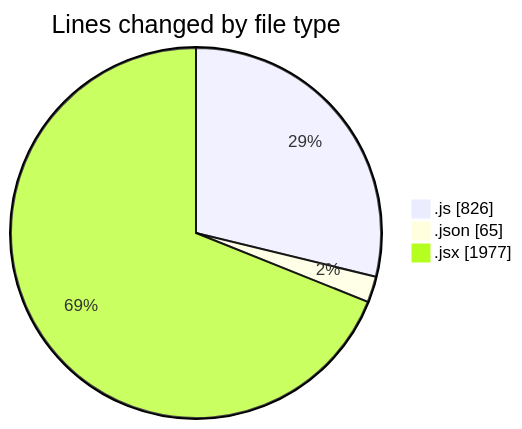
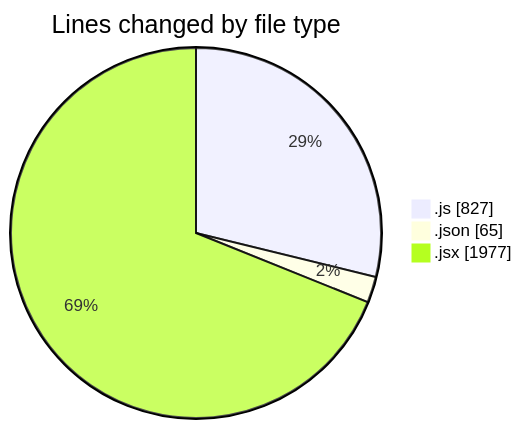
The first of 2 diagrams in 2026-01-14/nxtqube_webapp/README.md (nxtqubesakshisongat/code-tracking), drawn with Mermaid before and after one commit. The commit also changed other lines of this file and 1 other file, not shown here.

````diff
--- a/2026-01-14/nxtqube_webapp/README.md
+++ b/2026-01-14/nxtqube_webapp/README.md
@@ -26,7 +26,7 @@
 ```mermaid
 pie showData
 title Lines changed by file type
-".js" : 826
+".js" : 827
 ".json" : 65
 ".jsx" : 1977
 ```
````
